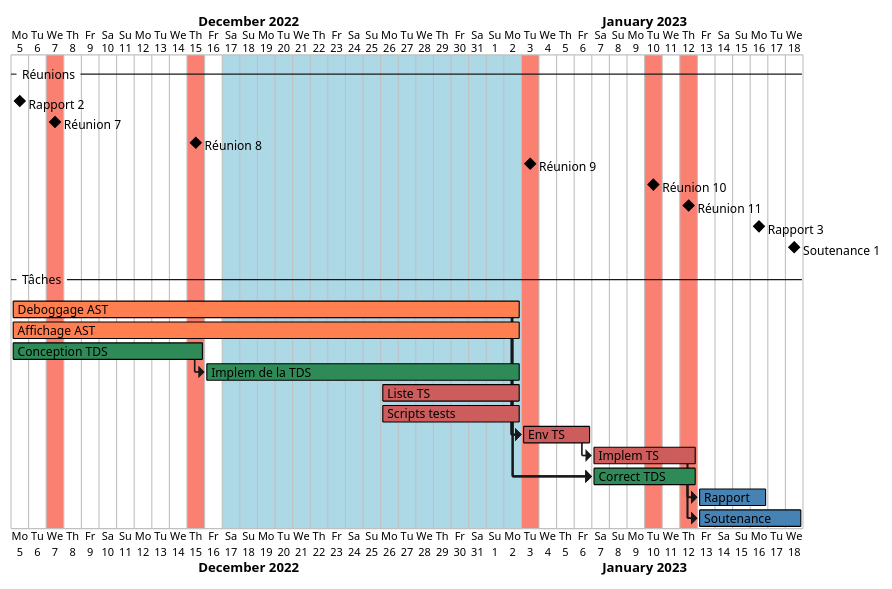
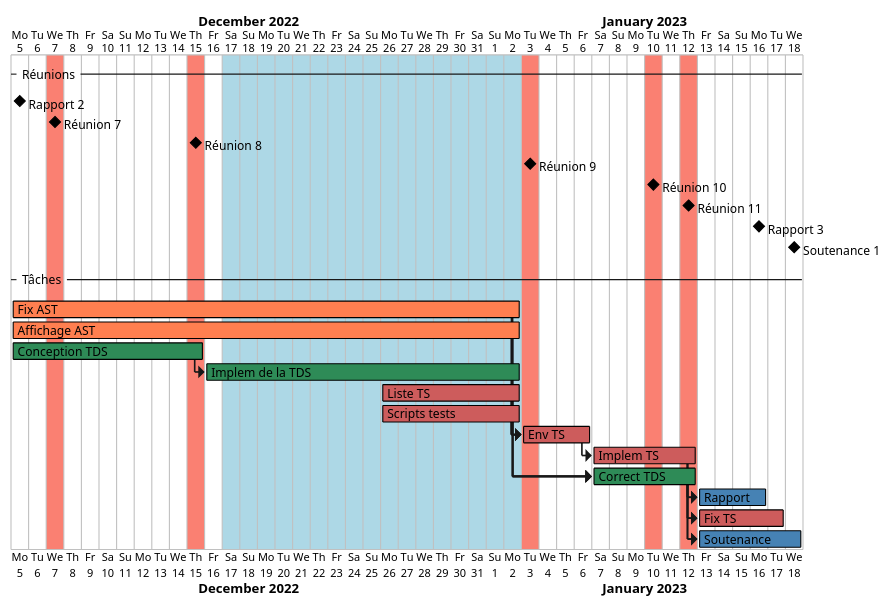
One commit to Tiger-compiler-team-2023/tiger-compiler changed the diagram in Documents/divers/gantt3.puml. Above: the diagram before and after it, drawn with PlantUML. The commit also changed 8 other files, not shown here.

```diff
--- a/Documents/divers/gantt3.puml
+++ b/Documents/divers/gantt3.puml
@@ -1,63 +1,66 @@
 @startgantt
 Project starts 2022-12-5
 
 2022-12-17 to 2023-01-03 are colored in lightblue
 
 -- Réunions --
 
 [Rapport 2] happens at 2022-12-05
 
 2022-12-07 is colored in salmon
 [Réunion 7] happens at 2022-12-07
 
 2022-12-15 is colored in salmon
 [Réunion 8] happens at 2022-12-15
 
 2023-01-03 is colored in salmon
 [Réunion 9] happens at 2023-01-03
 
 2023-01-10 is colored in salmon
 [Réunion 10] happens at 2023-01-10
 
 2023-01-12 is colored in salmon
 [Réunion 11] happens at 2023-01-12
 
 [Rapport 3] happens at 2023-01-16
 
 [Soutenance 1] happens at 2023-01-18
 
 -- Tâches --
-[Deboggage AST] starts 2022-12-05 and ends 2023-01-02 and is colored in Coral/Black
+[Fix AST] starts 2022-12-05 and ends 2023-01-02 and is colored in Coral/Black
 [Affichage AST] starts 2022-12-05 and ends 2023-01-02 and is colored in Coral/Black
 
 [Conception TDS] starts 2022-12-05 and ends 2022-12-15 and is colored in SeaGreen/Black
 then [Implem de la TDS] starts 2022-12-16 and ends 2023-01-02 and is colored in SeaGreen/Black
 
 [Liste TS] starts 2022-12-26 and ends 2023-01-02 and is colored in IndianRed/Black
 [Scripts tests] starts 2022-12-26 and ends 2023-01-02 and is colored in IndianRed/Black
 
 [Env TS] starts 2023-01-02 and ends 2023-01-06 and is colored in IndianRed/Black
 [Implem TS] starts 2023-01-07 and ends 2023-01-12 and is colored in IndianRed/Black
 [Correct TDS] starts 2023-01-07 and ends 2023-01-12 and is colored in SeaGreen/Black
 
 [Env TS] starts at [Scripts tests]'s end
 [Env TS] starts at [Liste TS]'s end
 [Env TS] starts at [Affichage AST]'s end
-[Env TS] starts at [Deboggage AST]'s end
+[Env TS] starts at [Fix AST]'s end
 
 [Implem TS] starts at [Env TS]'s end
 
 [Correct TDS] starts at [Scripts tests]'s end
 [Correct TDS] starts at [Liste TS]'s end
 [Correct TDS] starts at [Affichage AST]'s end
-[Correct TDS] starts at [Deboggage AST]'s end
+[Correct TDS] starts at [Fix AST]'s end
 
 [Rapport] starts 2023-01-13 and ends 2023-01-16 and is colored in SteelBlue/Black
+[Fix TS] starts 2023-01-13 and ends 2023-01-17 and is colored in IndianRed/Black
 [Soutenance] starts 2023-01-13 and ends 2023-01-18 and is colored in SteelBlue/Black
 
+[Fix TS] starts at [Implem TS]'s end
+[Fix TS] starts at [Correct TDS]'s end
 [Rapport] starts at [Implem TS]'s end
 [Rapport] starts at [Correct TDS]'s end
 [Soutenance] starts at [Implem TS]'s end
 [Soutenance] starts at [Correct TDS]'s end
 
 @endgantt
```
